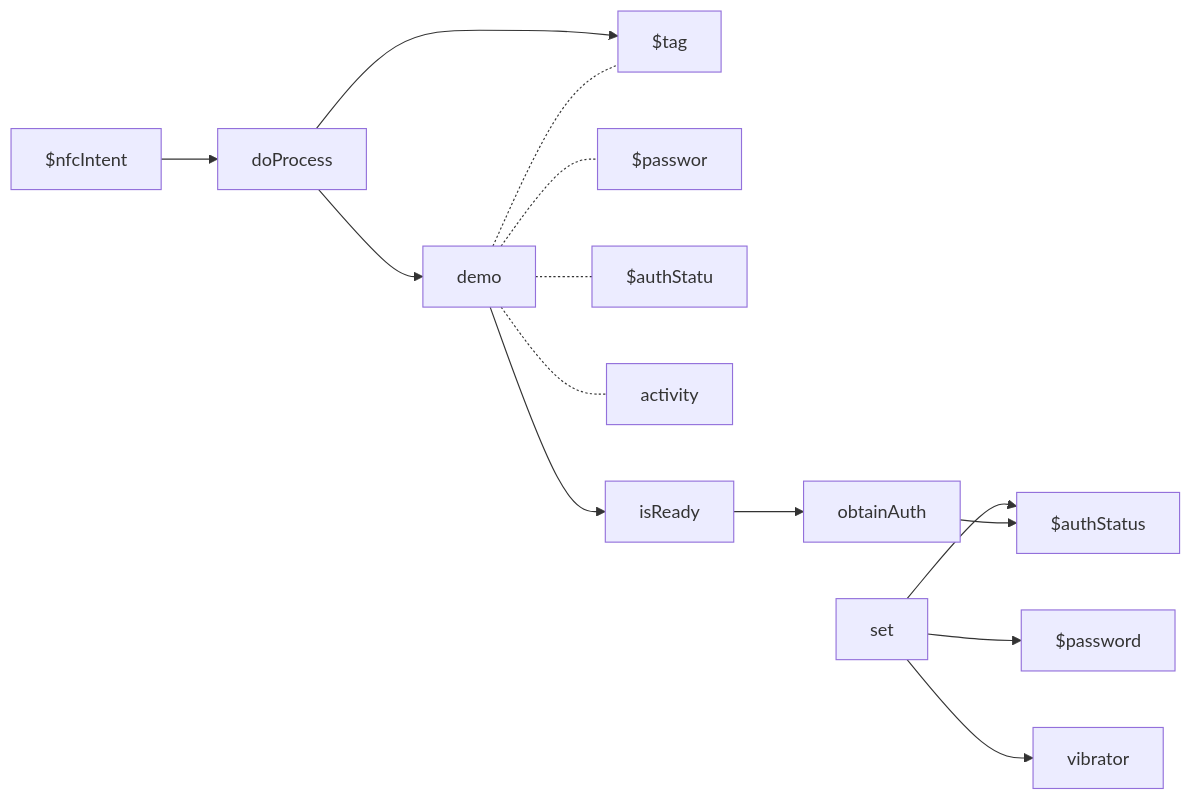
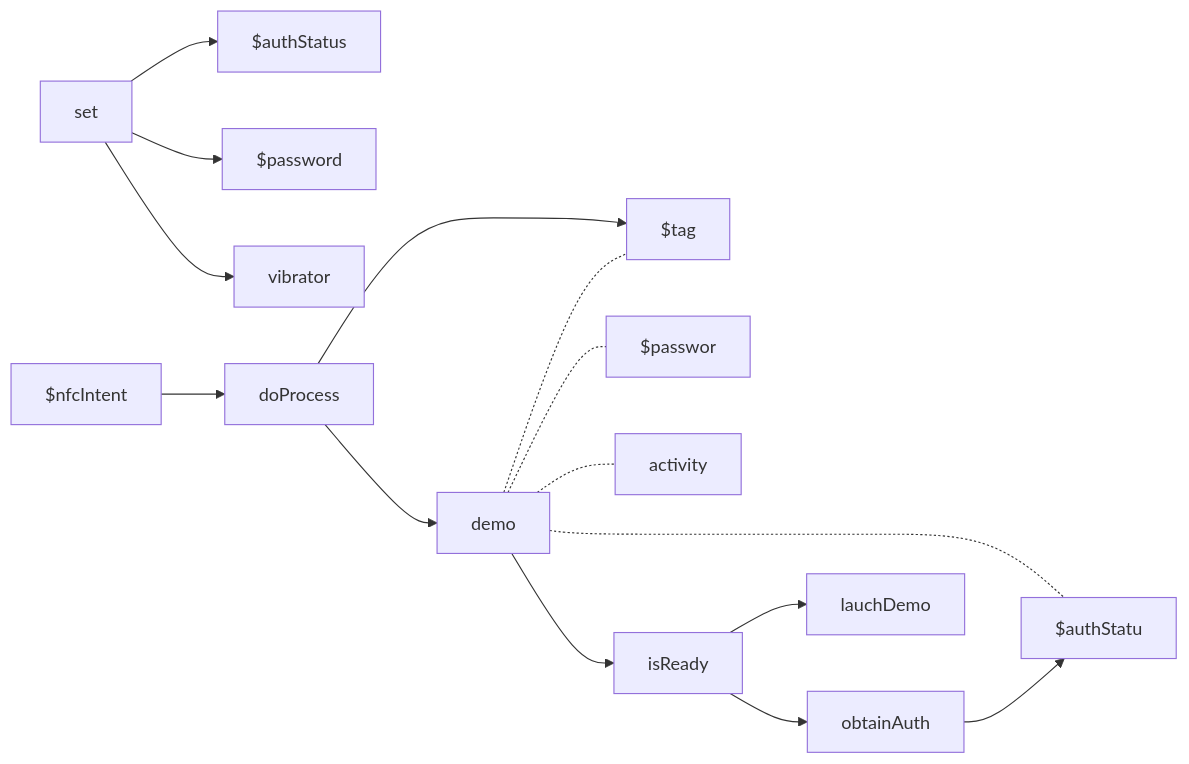
One commit to gordianknotC/nxp_note changed the fourth of 5 diagrams in nxp/MainActivity.md. Above: the diagram before and after it, drawn with Mermaid. The commit also changed other lines of this file, not shown here.

````diff
--- a/nxp/MainActivity.md
+++ b/nxp/MainActivity.md
@@ -37,16 +37,17 @@
 ```mermaid
 graph LR
 	set --> $authStatus
 	set --> $password
 	set --> vibrator
 	$nfcIntent --> doProcess
 	doProcess --> $tag
 	doProcess --> demo
 	demo -.- $passwor
 	demo -.- $authStatu
 	demo -.- $tag
 	demo -.- activity
 	demo --> isReady
 	isReady --> obtainAuth
-	obtainAuth --> $authStatus
+	obtainAuth --> $authStatu
+	isReady --> lauchDemo
 ```
````
